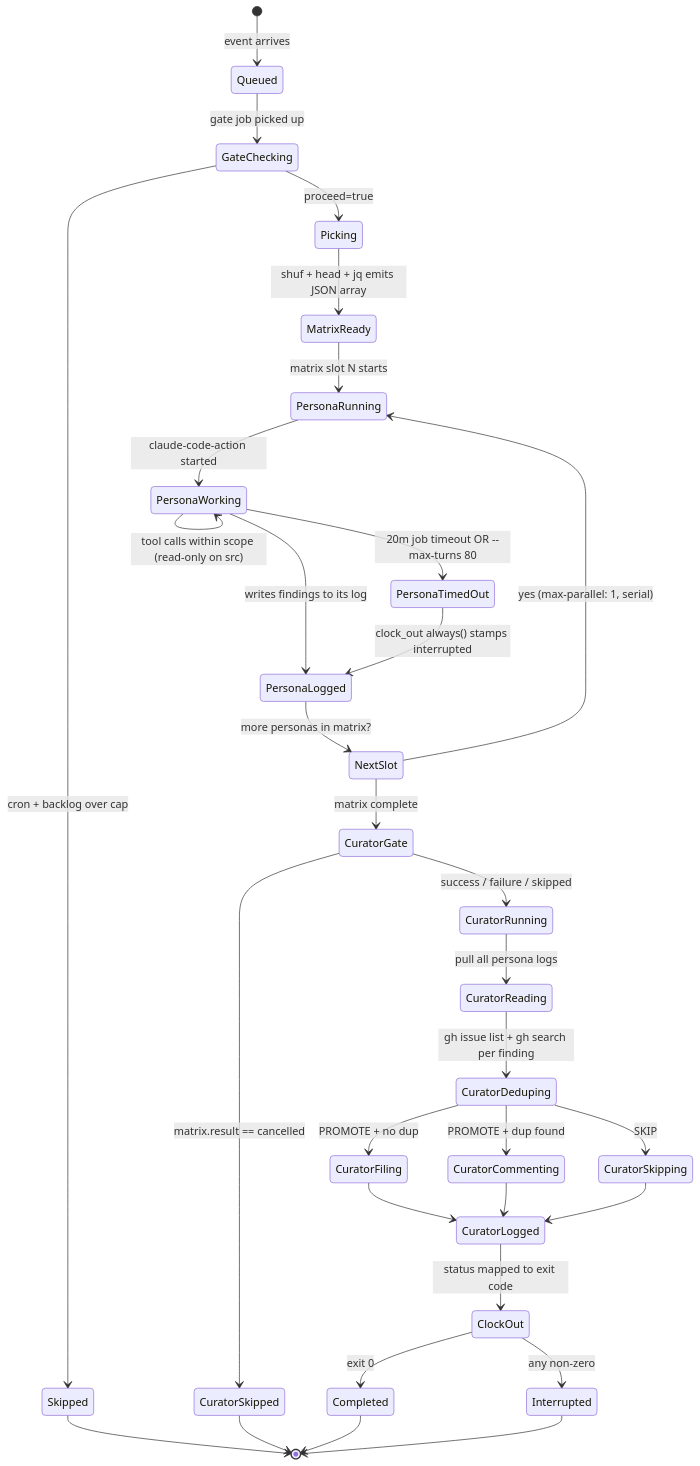
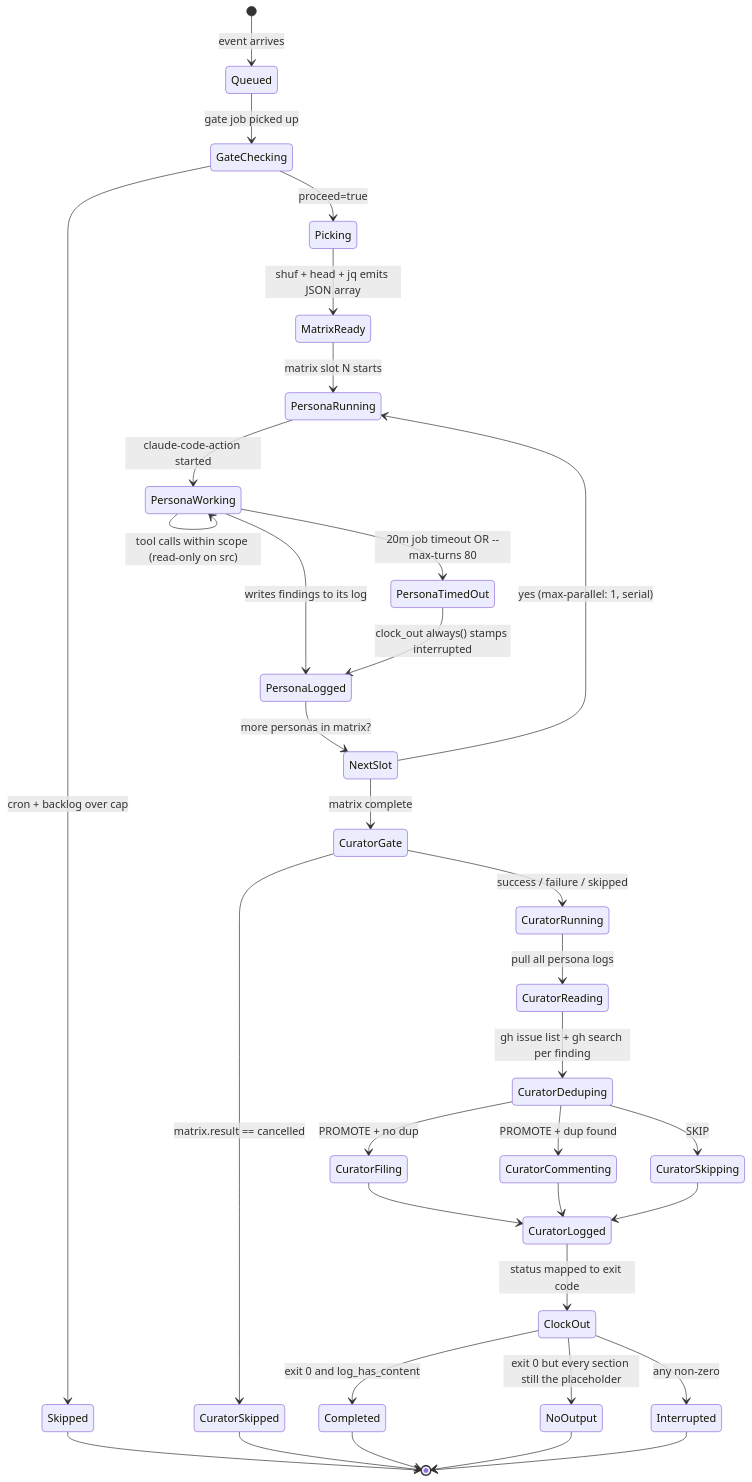
The tenth of 12 diagrams in .github/docs/PERSONAS_RUN_DEEP_DIVE.md (llm-exe/llm-exe), drawn with Mermaid before and after one commit. The commit also changed other lines of this file and 6 other files, not shown here.

First line of the commit message:
docs: sync agent deep dives after config.sh and maintain.sh clock_out change

````diff
--- a/.github/docs/PERSONAS_RUN_DEEP_DIVE.md
+++ b/.github/docs/PERSONAS_RUN_DEEP_DIVE.md
@@ -567,34 +567,36 @@
 ```mermaid
 stateDiagram-v2
     [*] --> Queued: event arrives
     Queued --> GateChecking: gate job picked up
     GateChecking --> Skipped: cron + backlog over cap
     GateChecking --> Picking: proceed=true
     Picking --> MatrixReady: shuf + head + jq emits JSON array
     MatrixReady --> PersonaRunning: matrix slot N starts
     PersonaRunning --> PersonaWorking: claude-code-action started
     PersonaWorking --> PersonaWorking: tool calls within scope (read-only on src)
     PersonaWorking --> PersonaLogged: writes findings to its log
     PersonaWorking --> PersonaTimedOut: 20m job timeout OR --max-turns 80
     PersonaTimedOut --> PersonaLogged: clock_out always() stamps interrupted
     PersonaLogged --> NextSlot: more personas in matrix?
     NextSlot --> PersonaRunning: yes (max-parallel: 1, serial)
     NextSlot --> CuratorGate: matrix complete
     CuratorGate --> CuratorSkipped: matrix.result == cancelled
     CuratorGate --> CuratorRunning: success / failure / skipped
     CuratorRunning --> CuratorReading: pull all persona logs
     CuratorReading --> CuratorDeduping: gh issue list + gh search per finding
     CuratorDeduping --> CuratorFiling: PROMOTE + no dup
     CuratorDeduping --> CuratorCommenting: PROMOTE + dup found
     CuratorDeduping --> CuratorSkipping: SKIP
     CuratorFiling --> CuratorLogged
     CuratorCommenting --> CuratorLogged
     CuratorSkipping --> CuratorLogged
     CuratorLogged --> ClockOut: status mapped to exit code
-    ClockOut --> Completed: exit 0
+    ClockOut --> Completed: exit 0 and log_has_content
+    ClockOut --> NoOutput: exit 0 but every section still the placeholder
     ClockOut --> Interrupted: any non-zero
     Skipped --> [*]
     CuratorSkipped --> [*]
     Completed --> [*]
+    NoOutput --> [*]
     Interrupted --> [*]
 ```
````
